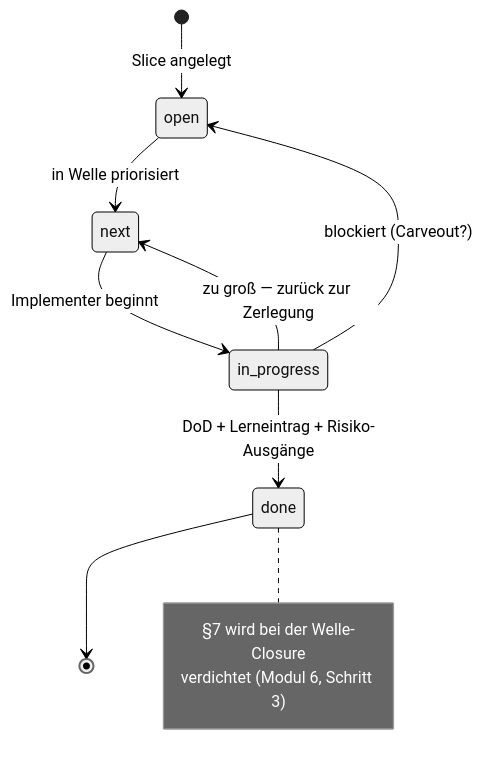
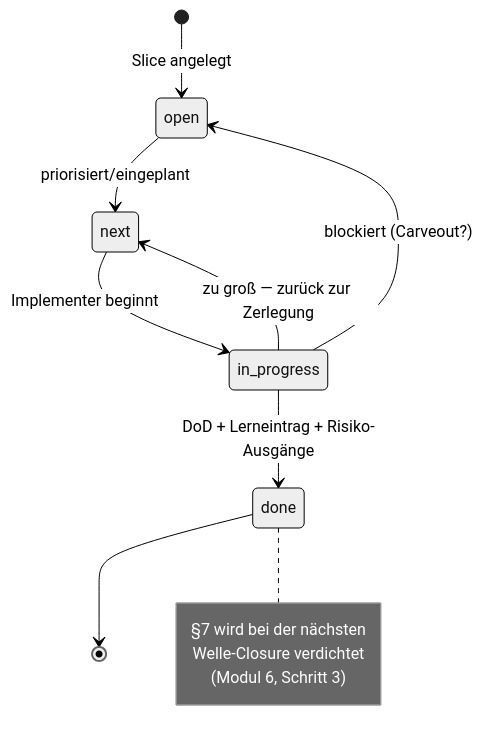
Before and after one commit to pt9912/ai-harness-course: the diagram in kurs/de/02-planung/modul-05-planning-harness.md, drawn with Mermaid (neutral theme). The commit also changed other lines of this file and 13 other files, not shown here.

````diff
--- a/kurs/de/02-planung/modul-05-planning-harness.md
+++ b/kurs/de/02-planung/modul-05-planning-harness.md
@@ -41,14 +41,15 @@
 ```mermaid
 stateDiagram-v2
     [*] --> open: Slice angelegt
-    open --> next: in Welle priorisiert
+    open --> next: priorisiert/eingeplant
     next --> in_progress: Implementer beginnt
     in_progress --> done: DoD + Lerneintrag + Risiko-Ausgänge
     in_progress --> next: zu groß — zurück zur Zerlegung
     in_progress --> open: blockiert (Carveout?)
     done --> [*]
     note right of done
-        §7 wird bei der Welle-Closure
-        verdichtet (Modul 6, Schritt 3)
+        §7 wird bei der nächsten
+        Welle-Closure verdichtet
+        (Modul 6, Schritt 3)
     end note
 ```
````
